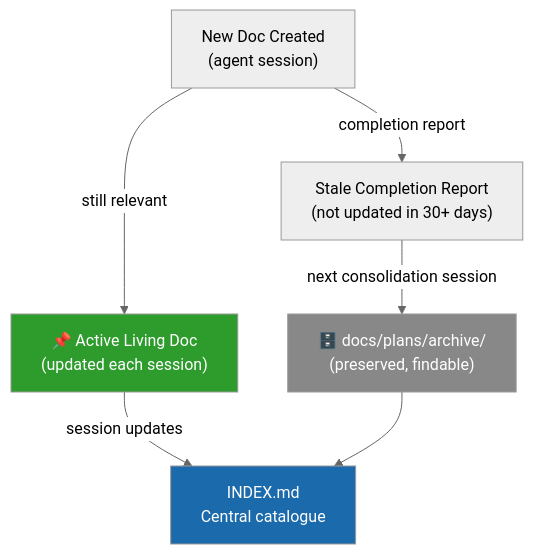
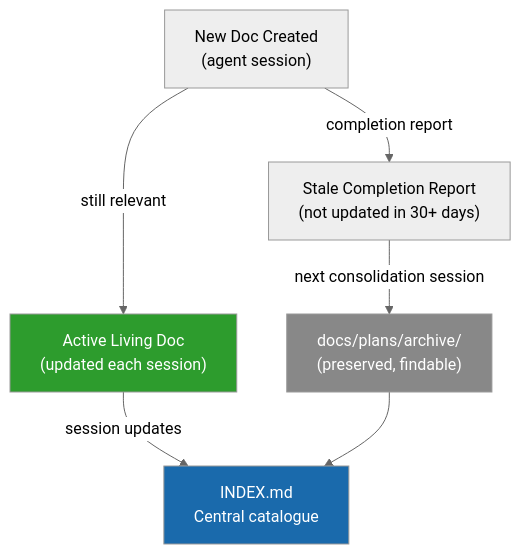
Before and after one commit to Aries-Serpent/_codex_: the diagram in docs/plans/DOCS_CONSOLIDATION_MAP.md, drawn with Mermaid (neutral theme). The commit also changed other lines of this file and 4117 other files, not shown here.

````diff
--- a/docs/plans/DOCS_CONSOLIDATION_MAP.md
+++ b/docs/plans/DOCS_CONSOLIDATION_MAP.md
@@ -140,19 +140,24 @@
 ```mermaid
-%%{init: {'accessibility': {'title': 'Flowchart showing " New Doc Created\n(agent session)", "📌 Active Living Doc\n(updated each session)"'}}%%
+%%{init: {'accessibility': {'title': 'Flowchart showing " New Doc Created\n(agent session)", " Active Living Doc\n(updated each session)"'}}%%
+
 flowchart TD
-    NEW[" New Doc Created\n(agent session)"]
-    ACTIVE["📌 Active Living Doc\n(updated each session)"]
-    STALE[" Stale Completion Report\n(not updated in 30+ days)"]
-    ARCHIVE["🗄️ docs/plans/archive/\n(preserved, findable)"]
-    INDEX[" INDEX.md\nCentral catalogue"]
+ NEW[" New Doc Created\n(agent session)"]
+ ACTIVE[" Active Living Doc\n(updated each session)"]
+ STALE[" Stale Completion Report\n(not updated in 30+ days)"]
+ ARCHIVE[" docs/plans/archive/\n(preserved, findable)"]
+ INDEX[" INDEX.md\nCentral catalogue"]
 
-    NEW -->|"still relevant"| ACTIVE
-    NEW -->|"completion report"| STALE
-    ACTIVE -->|"session updates"| INDEX
-    STALE -->|"next consolidation session"| ARCHIVE
-    ARCHIVE --> INDEX
+ NEW -->|"still relevant"| ACTIVE
 
-    style ACTIVE fill:#2d9c2d,color:#fff
-    style ARCHIVE fill:#888,color:#fff
-    style INDEX fill:#1a6aac,color:#fff
+ NEW -->|"completion report"| STALE
+
+ ACTIVE -->|"session updates"| INDEX
+
+ STALE -->|"next consolidation session"| ARCHIVE
+
+ ARCHIVE --> INDEX
+
+ style ACTIVE fill:#2d9c2d,color:#fff
+ style ARCHIVE fill:#888,color:#fff
+ style INDEX fill:#1a6aac,color:#fff
 ```
````
